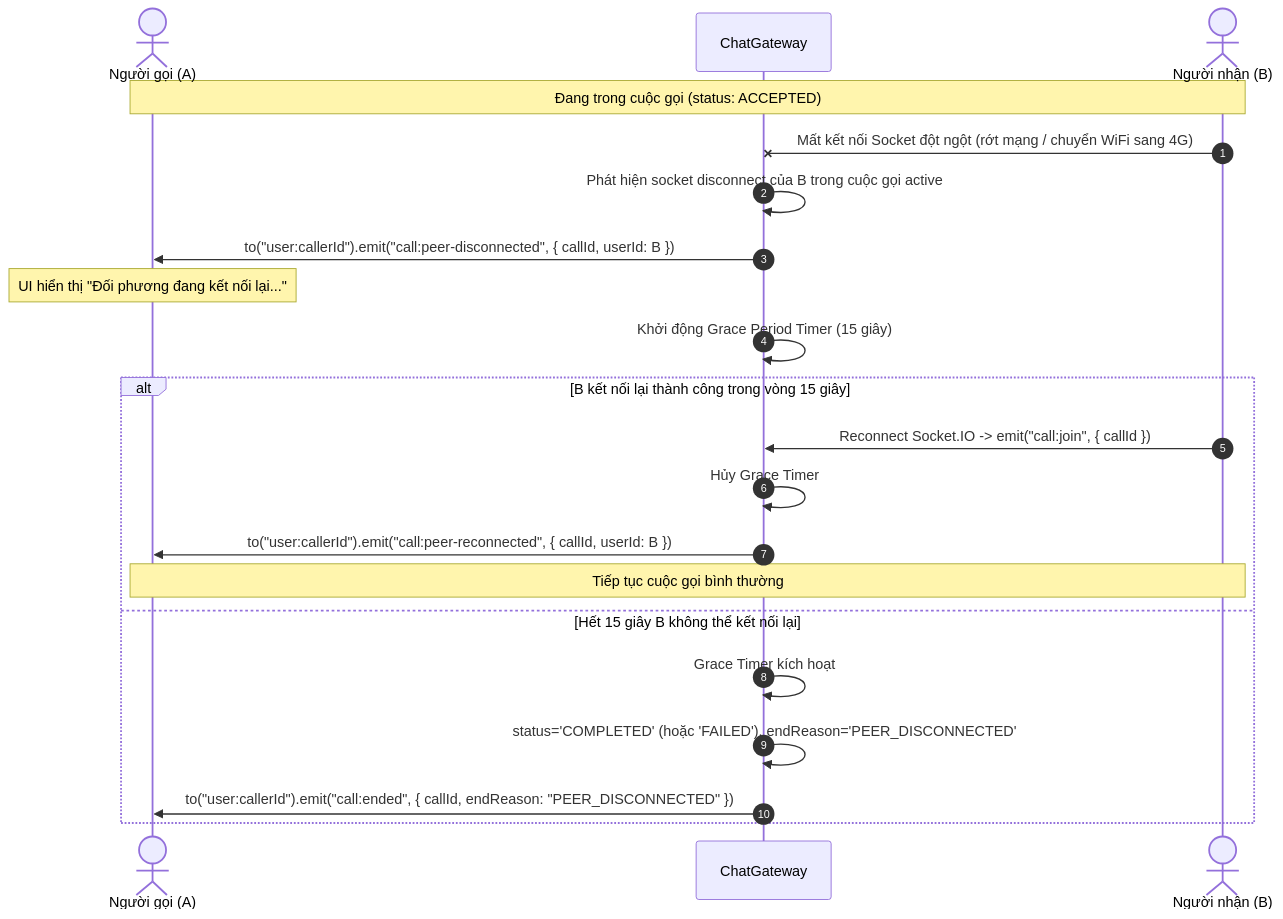
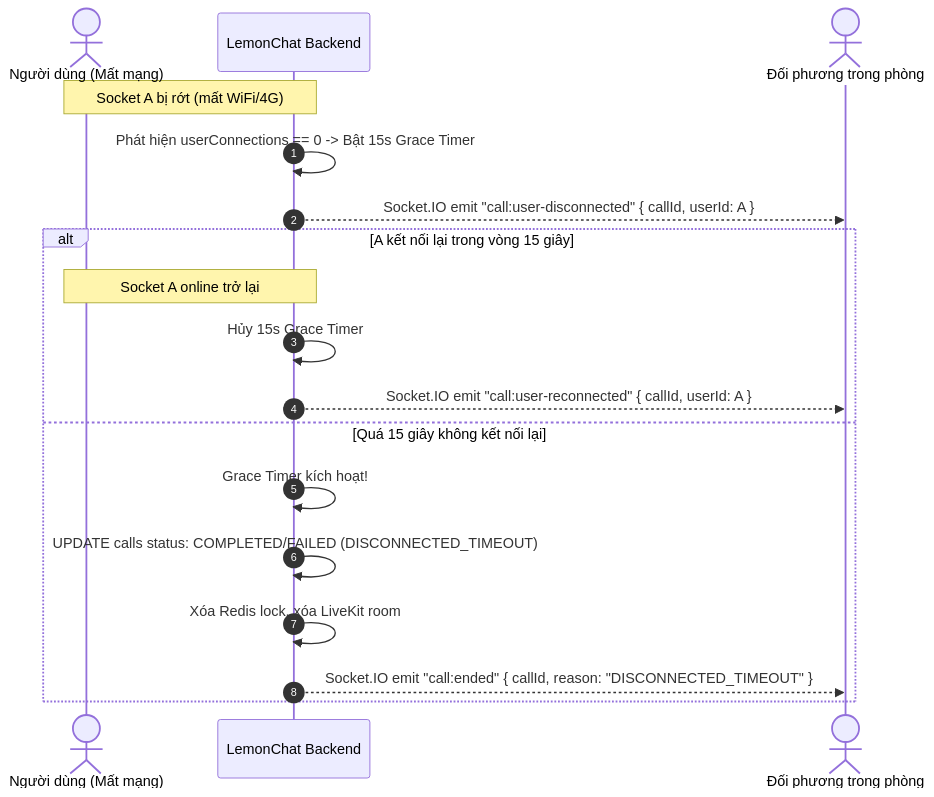
Before and after one commit to chanh-group/docs: the sixth of 6 diagrams in WebRTC_Call_Dev_GUIDE.md, drawn with Mermaid. The commit also changed other lines of this file, not shown here.

Commit message:
docs(call): transition architecture specification from P2P to LiveKit SFU

````diff
--- a/WebRTC_Call_Dev_GUIDE.md
+++ b/WebRTC_Call_Dev_GUIDE.md
@@ -349,25 +319,22 @@
 ```mermaid
 sequenceDiagram
     autonumber
-    actor Caller as Người gọi (A)
-    participant GW as ChatGateway
-    actor Callee as Người nhận (B)
+    actor A as Người dùng (Mất mạng)
+    participant BE as LemonChat Backend
+    actor B as Đối phương trong phòng
 
-    Note over Caller, Callee: Đang trong cuộc gọi (status: ACCEPTED)
-    Callee-xGW: Mất kết nối Socket đột ngột (rớt mạng / chuyển WiFi sang 4G)
-    GW->>GW: Phát hiện socket disconnect của B trong cuộc gọi active
-    GW->>Caller: to("user:callerId").emit("call:peer-disconnected", { callId, userId: B })
-    Note over Caller: UI hiển thị "Đối phương đang kết nối lại..."
-    GW->>GW: Khởi động Grace Period Timer (15 giây)
-    
-    alt B kết nối lại thành công trong vòng 15 giây
-        Callee->>GW: Reconnect Socket.IO -> emit("call:join", { callId })
-        GW->>GW: Hủy Grace Timer
-        GW->>Caller: to("user:callerId").emit("call:peer-reconnected", { callId, userId: B })
-        Note over Caller, Callee: Tiếp tục cuộc gọi bình thường
-    else Hết 15 giây B không thể kết nối lại
-        GW->>GW: Grace Timer kích hoạt
-        GW->>GW: status='COMPLETED' (hoặc 'FAILED'), endReason='PEER_DISCONNECTED'
-        GW->>Caller: to("user:callerId").emit("call:ended", { callId, endReason: "PEER_DISCONNECTED" })
+    Note over A,BE: Socket A bị rớt (mất WiFi/4G)
+    BE->>BE: Phát hiện userConnections == 0 -> Bật 15s Grace Timer
+    BE-->>B: Socket.IO emit "call:user-disconnected" { callId, userId: A }
+
+    alt A kết nối lại trong vòng 15 giây
+        Note over A,BE: Socket A online trở lại
+        BE->>BE: Hủy 15s Grace Timer
+        BE-->>B: Socket.IO emit "call:user-reconnected" { callId, userId: A }
+    else Quá 15 giây không kết nối lại
+        BE->>BE: Grace Timer kích hoạt!
+        BE->>BE: UPDATE calls status: COMPLETED/FAILED (DISCONNECTED_TIMEOUT)
+        BE->>BE: Xóa Redis lock, xóa LiveKit room
+        BE-->>B: Socket.IO emit "call:ended" { callId, reason: "DISCONNECTED_TIMEOUT" }
     end
 ```
````
